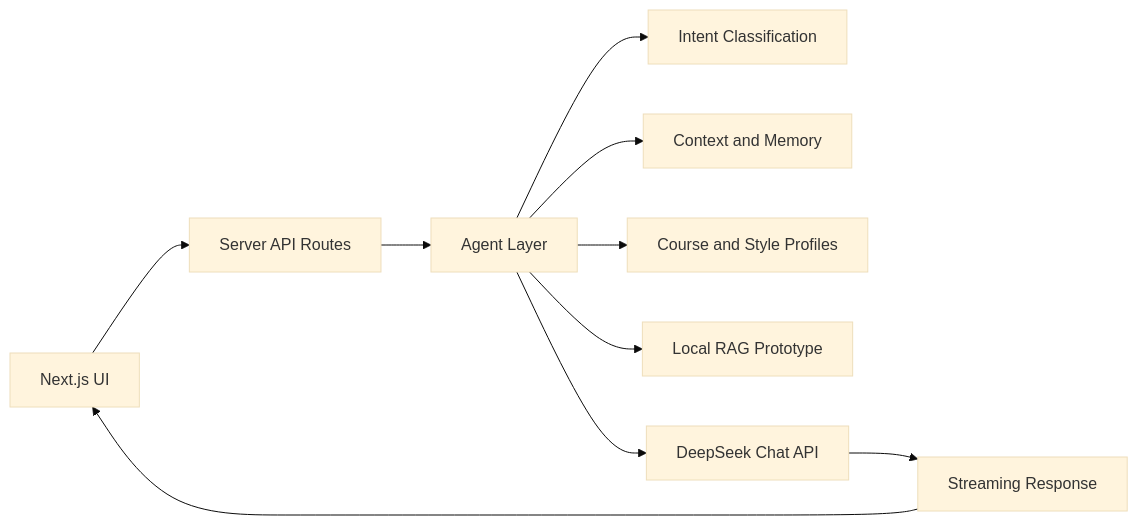
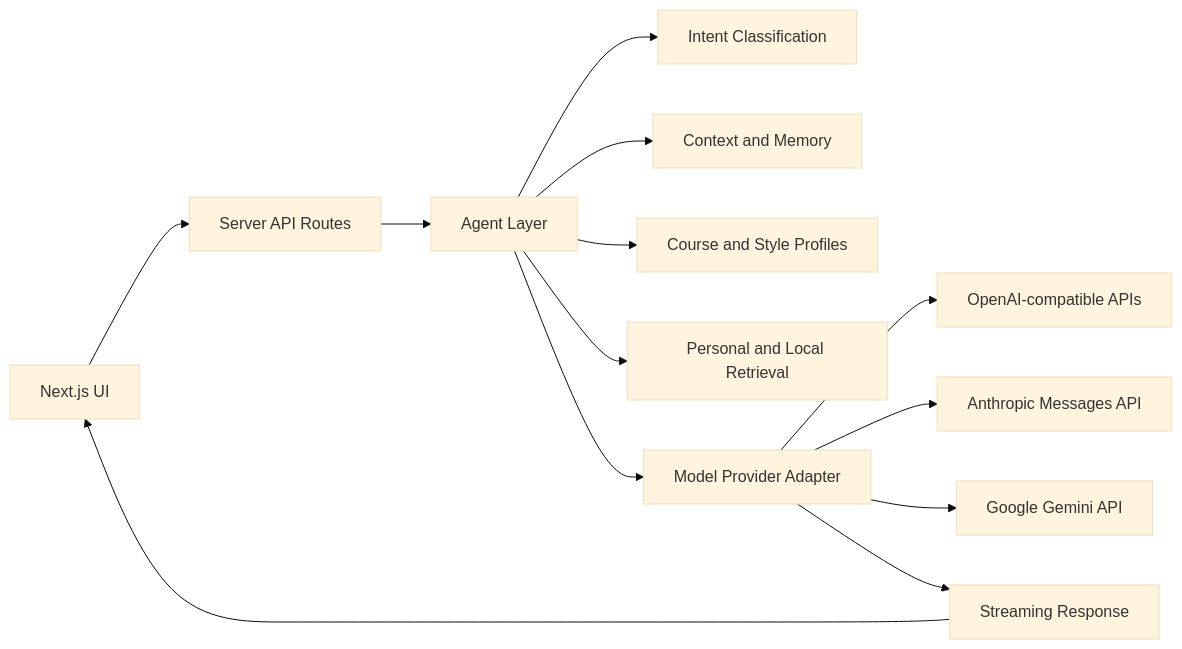
Before and after one commit to lizr-phys/physics-learning-agent: the diagram in README.md, drawn with Mermaid (base theme). The commit also changed other lines of this file and 26 other files, not shown here.

Commit message:
Add personal knowledge base and BYOK providers

````diff
--- a/README.md
+++ b/README.md
@@ -99,12 +135,15 @@
 ```mermaid
 flowchart LR
   UI["Next.js UI"] --> API["Server API Routes"]
   API --> Agent["Agent Layer"]
   Agent --> Intent["Intent Classification"]
   Agent --> Context["Context and Memory"]
   Agent --> Prompts["Course and Style Profiles"]
-  Agent --> RAG["Local RAG Prototype"]
-  Agent --> DeepSeek["DeepSeek Chat API"]
-  DeepSeek --> Stream["Streaming Response"]
+  Agent --> Retrieval["Personal and Local Retrieval"]
+  Agent --> Providers["Model Provider Adapter"]
+  Providers --> OpenAI["OpenAI-compatible APIs"]
+  Providers --> Claude["Anthropic Messages API"]
+  Providers --> Gemini["Google Gemini API"]
+  Providers --> Stream["Streaming Response"]
   Stream --> UI
 ```
````
